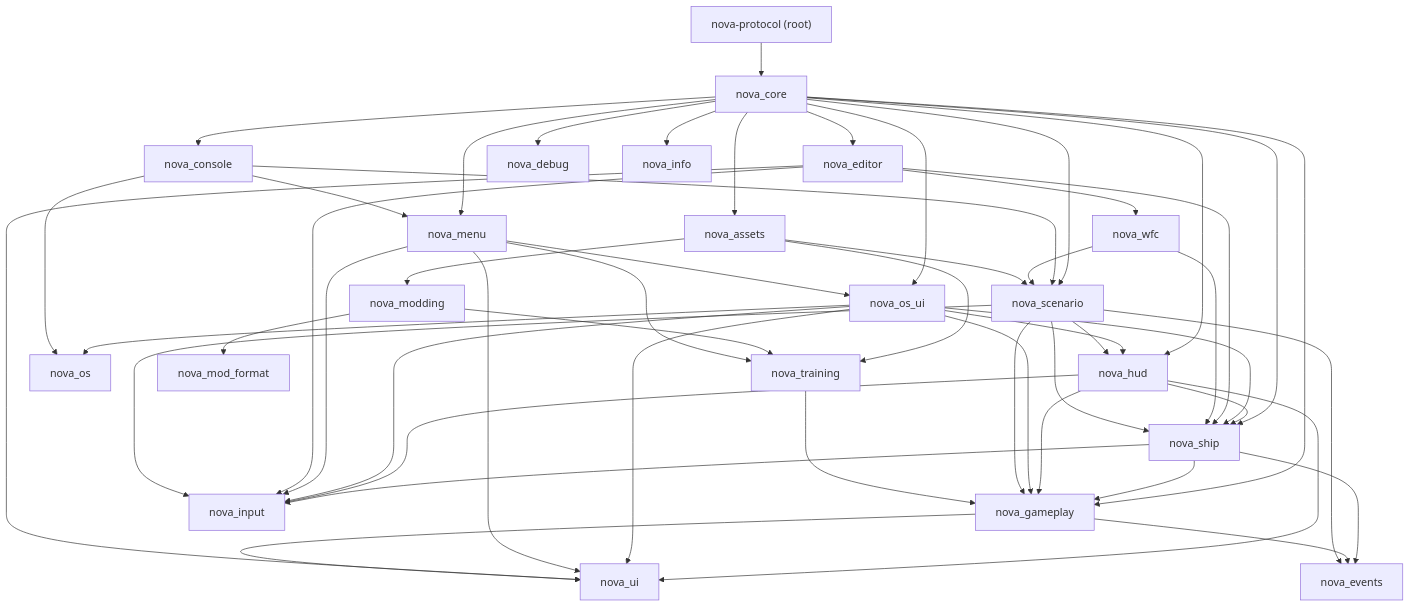
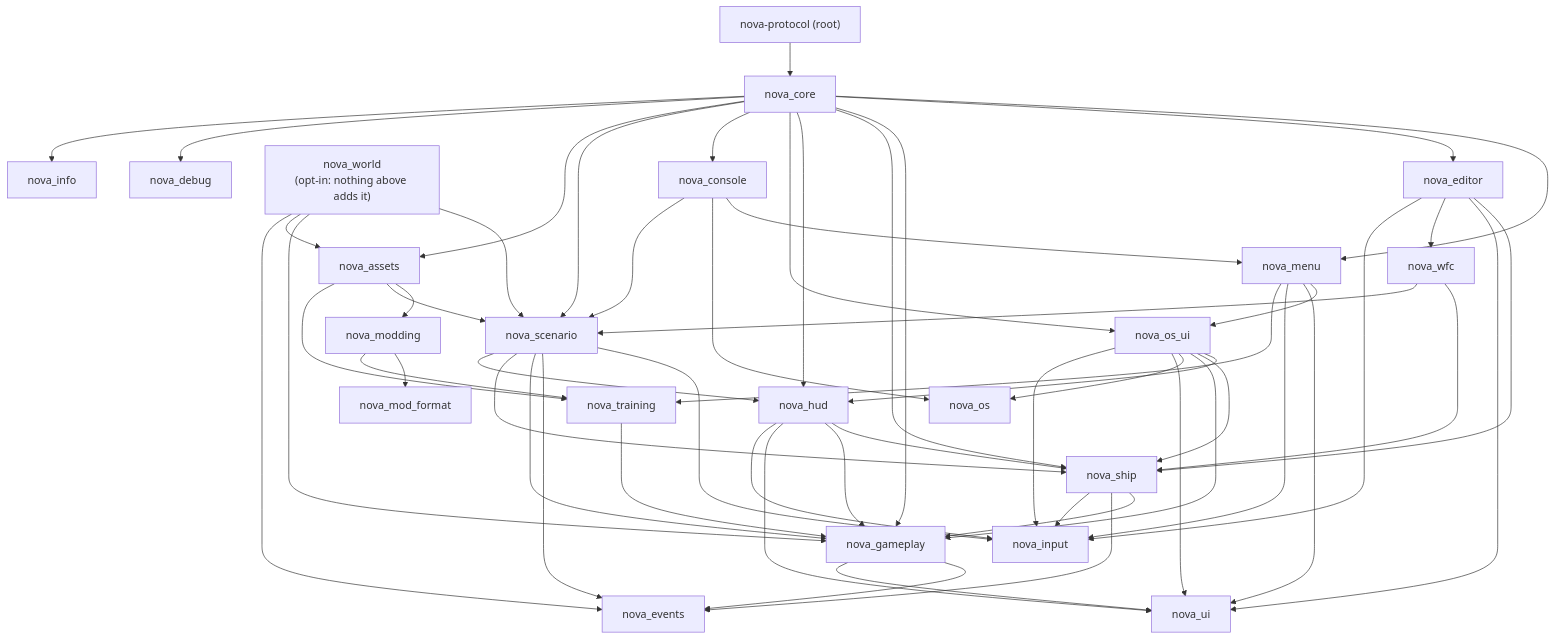
Before and after one commit to alexjercan/nova-protocol: the first of 3 diagrams in docs/architecture.md, drawn with Mermaid. The commit also changed other lines of this file and 2 other files, not shown here.

First line of the commit message:
Put nova_world on the crate maps

````diff
--- a/docs/architecture.md
+++ b/docs/architecture.md
@@ -46,54 +47,58 @@
 ```mermaid
 graph TD
     root["nova-protocol (root)"] --> core["nova_core"]
     core --> menu["nova_menu"]
     core --> editor["nova_editor"]
     core --> gameplay["nova_gameplay"]
     core --> ship["nova_ship"]
     core --> hud["nova_hud"]
     core --> osui["nova_os_ui"]
     core --> console["nova_console"]
     core --> scenario["nova_scenario"]
     core --> assets["nova_assets"]
     ship --> gameplay
     ship --> events["nova_events"]
     hud --> ship
     hud --> gameplay
     hud --> ui["nova_ui"]
     osui --> hud
     osui --> ship
     osui --> gameplay
     osui --> os["nova_os"]
     osui --> ui
     menu --> osui
     console --> menu
     console --> os
     console --> scenario
     menu --> ui
     editor --> ship
     editor --> ui
     editor --> wfc["nova_wfc"]
     wfc --> ship
     wfc --> scenario
     gameplay --> events
     gameplay --> ui
     ship --> input["nova_input"]
     hud --> input
     osui --> input
     menu --> input
     editor --> input
     scenario --> input
     scenario --> events
     scenario --> gameplay
     scenario --> ship
     scenario --> hud
     assets --> modding["nova_modding"]
     assets --> scenario
     assets --> training["nova_training"]
     modding --> modfmt["nova_mod_format"]
     modding --> training
     menu --> training
     training --> gameplay
+    world["nova_world<br/>(opt-in: nothing above adds it)"] --> scenario
+    world --> gameplay
+    world --> assets
+    world --> events
     core --> debug["nova_debug"]
     core --> info["nova_info"]
 ```
````
